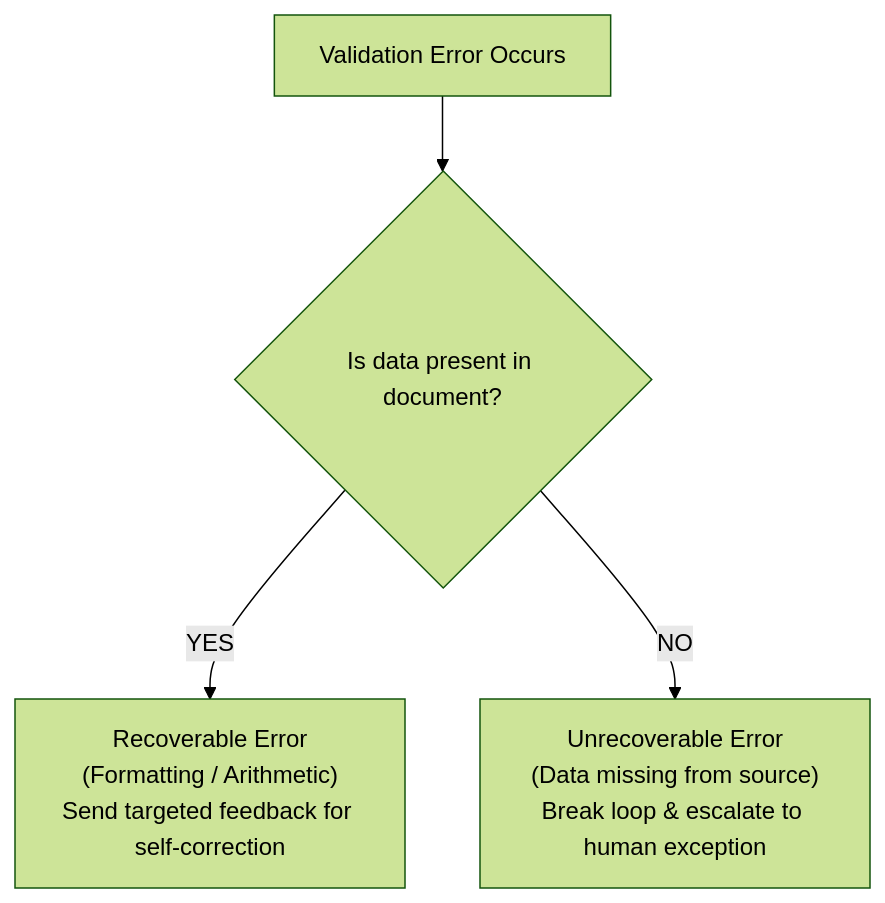
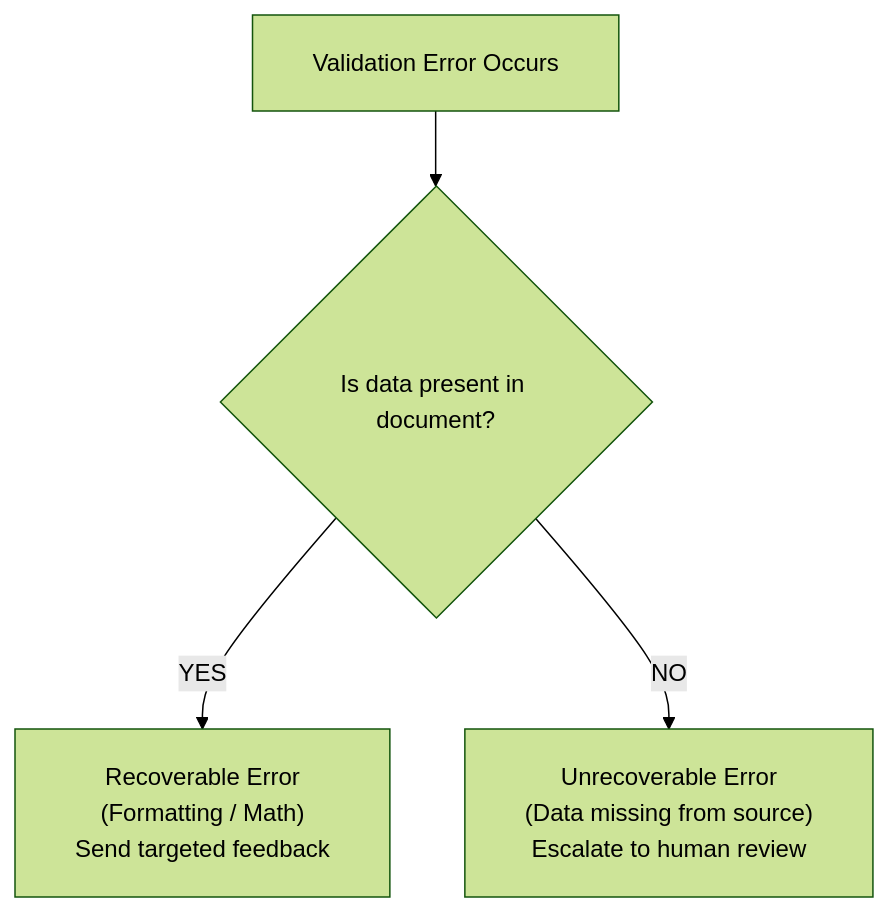
The third of 5 diagrams in domain4/KEY_CONCEPTS.md (dip4k/claude_cert_architect_foundation_prep), drawn with Mermaid (forest theme) before and after one commit. The commit also changed other lines of this file and 31 other files, not shown here.

First line of the commit message:
docs(diagrams): fix text trimming, padding, and layout in all mermaid diagrams

````diff
--- a/domain4/KEY_CONCEPTS.md
+++ b/domain4/KEY_CONCEPTS.md
@@ -194,6 +197,7 @@
 ```mermaid
+%%{init: {"flowchart": {"htmlLabels": true, "padding": 20}}}%%
 flowchart TD
     Start["Validation Error Occurs"] --> Check{"Is data present in document?"}
-    Check -- "YES" --> Rec["Recoverable Error<br/>(Formatting / Arithmetic)<br/>Send targeted feedback for self-correction"]
-    Check -- "NO" --> Unrec["Unrecoverable Error<br/>(Data missing from source)<br/>Break loop & escalate to human exception"]
+    Check -- "YES" --> Rec["Recoverable Error<br/>(Formatting / Math)<br/>Send targeted feedback"]
+    Check -- "NO" --> Unrec["Unrecoverable Error<br/>(Data missing from source)<br/>Escalate to human review"]
 ```
````
